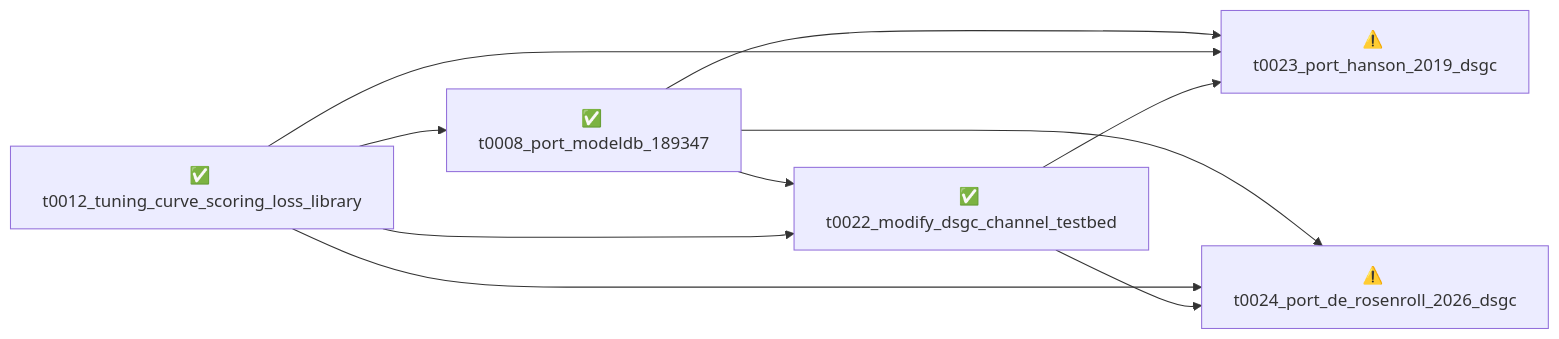
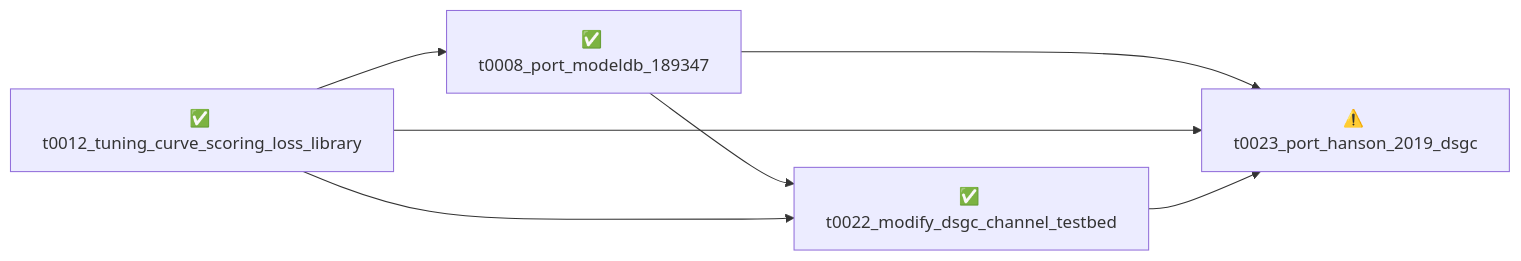
One commit to tonza17/neuron-channels changed the diagram in overview/tasks/README.md. Above: the diagram before and after it, drawn with Mermaid. The commit also changed other lines of this file and 49 other files, not shown here.

First line of the commit message:
Refresh overview after t0024_port_de_rosenroll_2026_dsgc merge

````diff
--- a/overview/tasks/README.md
+++ b/overview/tasks/README.md
@@ -12,18 +12,14 @@
 ```mermaid
 graph LR
     t0008_port_modeldb_189347["✅ t0008_port_modeldb_189347"]
     t0012_tuning_curve_scoring_loss_library["✅ t0012_tuning_curve_scoring_loss_library"]
     t0022_modify_dsgc_channel_testbed["✅ t0022_modify_dsgc_channel_testbed"]
     t0023_port_hanson_2019_dsgc["⚠️ t0023_port_hanson_2019_dsgc"]
-    t0024_port_de_rosenroll_2026_dsgc["⚠️ t0024_port_de_rosenroll_2026_dsgc"]
 
     t0012_tuning_curve_scoring_loss_library --> t0008_port_modeldb_189347
     t0008_port_modeldb_189347 --> t0022_modify_dsgc_channel_testbed
     t0012_tuning_curve_scoring_loss_library --> t0022_modify_dsgc_channel_testbed
     t0008_port_modeldb_189347 --> t0023_port_hanson_2019_dsgc
     t0012_tuning_curve_scoring_loss_library --> t0023_port_hanson_2019_dsgc
     t0022_modify_dsgc_channel_testbed --> t0023_port_hanson_2019_dsgc
-    t0008_port_modeldb_189347 --> t0024_port_de_rosenroll_2026_dsgc
-    t0012_tuning_curve_scoring_loss_library --> t0024_port_de_rosenroll_2026_dsgc
-    t0022_modify_dsgc_channel_testbed --> t0024_port_de_rosenroll_2026_dsgc
 ```
````
